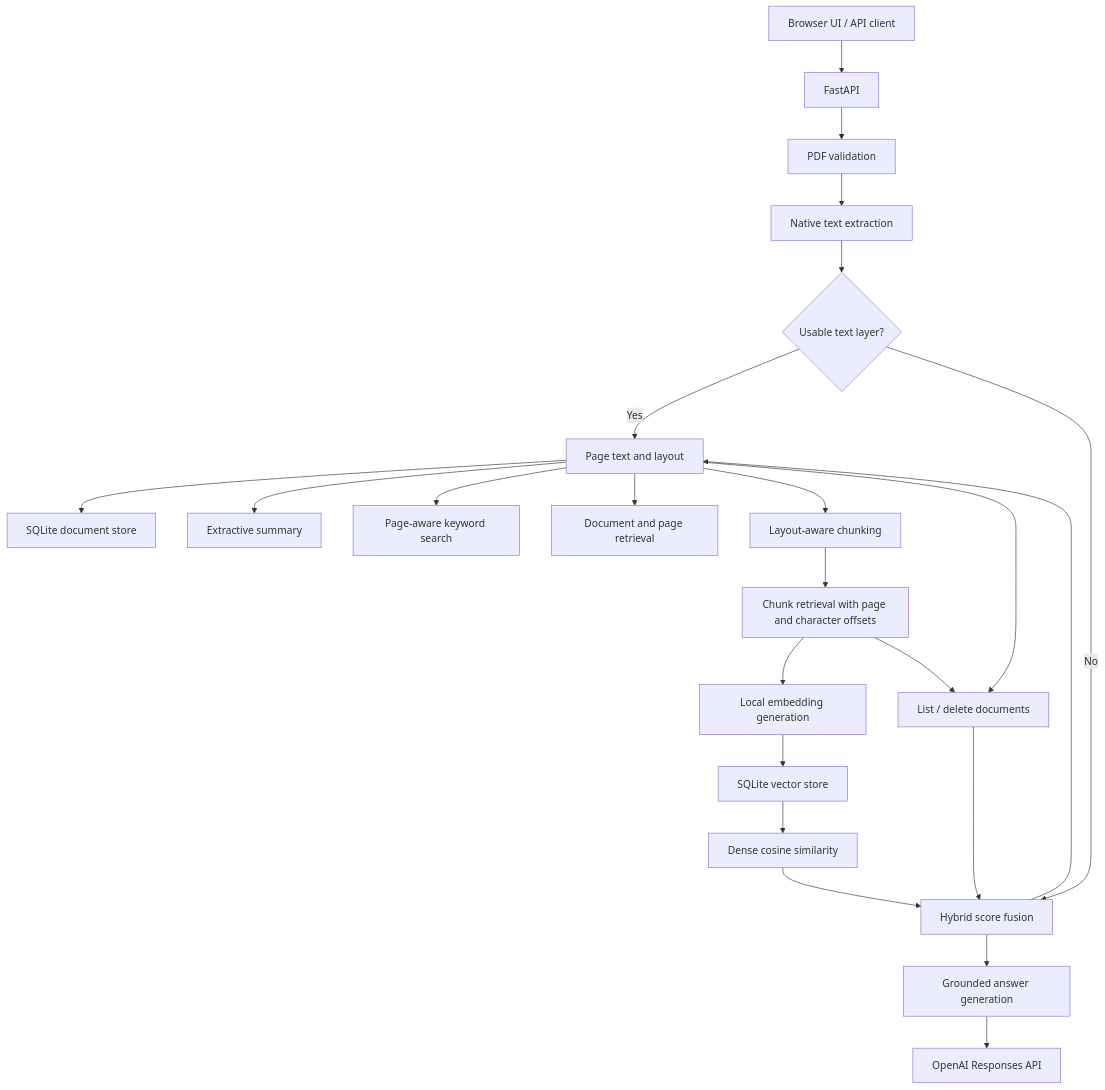
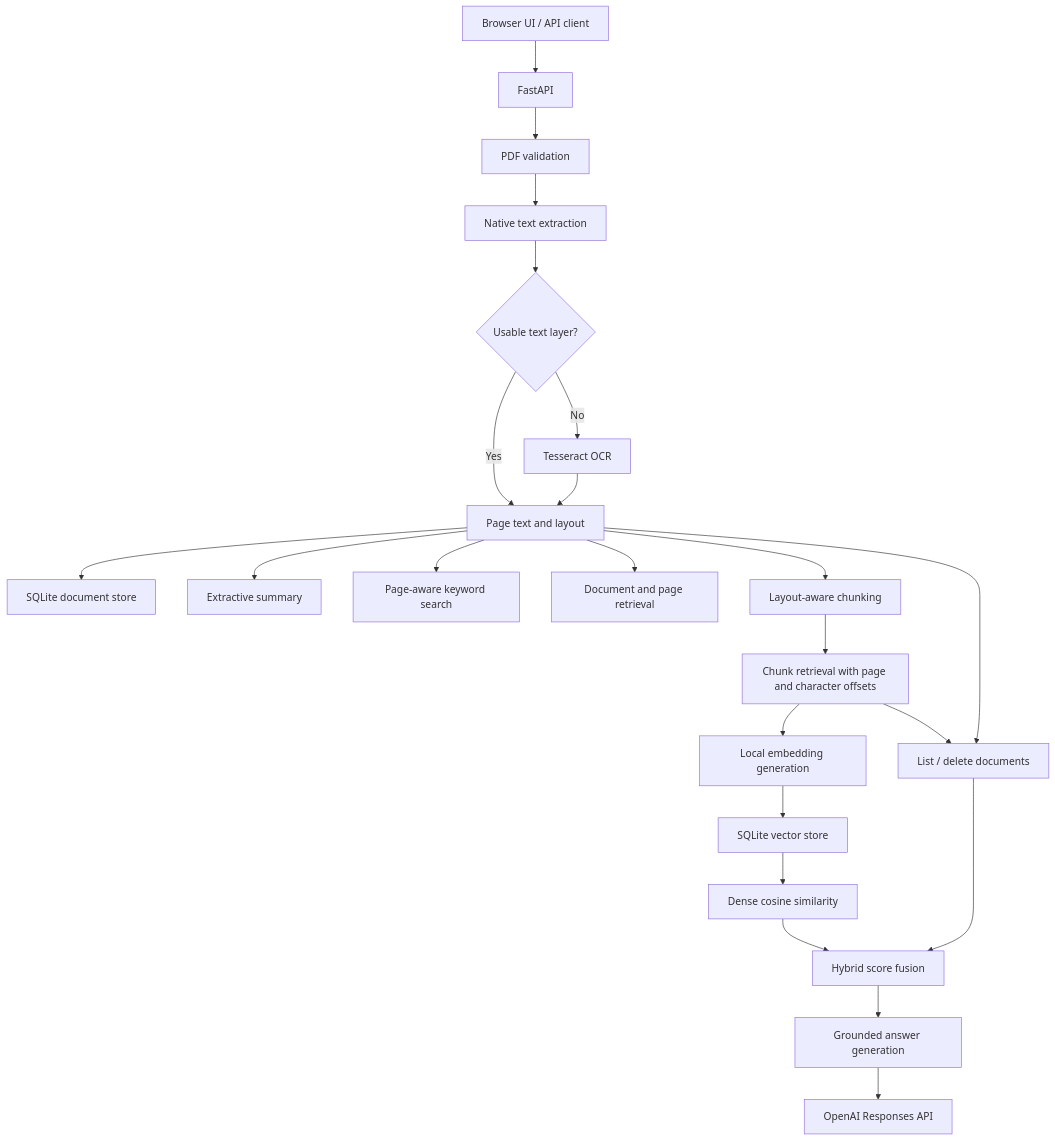
One commit to poojapansare18/documind-ai changed the diagram in README.md. Above: the diagram before and after it, drawn with Mermaid.

Commit message:
Fix hybrid retrieval architecture diagram

````diff
--- a/README.md
+++ b/README.md
@@ -34,25 +34,25 @@
 ```mermaid
 flowchart TD
     A[Browser UI / API client] --> B[FastAPI]
     B --> C[PDF validation]
     C --> D[Native text extraction]
     D --> Q{Usable text layer?}
     Q -->|Yes| E[Page text and layout]
     Q -->|No| R[Tesseract OCR]
     R --> E
     E --> S[SQLite document store]
     E --> F[Extractive summary]
     E --> G[Page-aware keyword search]
     E --> H[Document and page retrieval]
     E --> I[Layout-aware chunking]
     I --> J[Chunk retrieval with page and character offsets]
     J --> K[Local embedding generation]
     K --> L[SQLite vector store]
     L --> M[Dense cosine similarity]
     J --> N[BM25 lexical scoring]
-    M --> R[Hybrid score fusion]
-    N --> R
-    R --> O[Grounded answer generation]
+    M --> U[Hybrid score fusion]
+    N --> U
+    U --> O[Grounded answer generation]
     O --> P[OpenAI Responses API]
     E --> N[List / delete documents]
 ```
````
